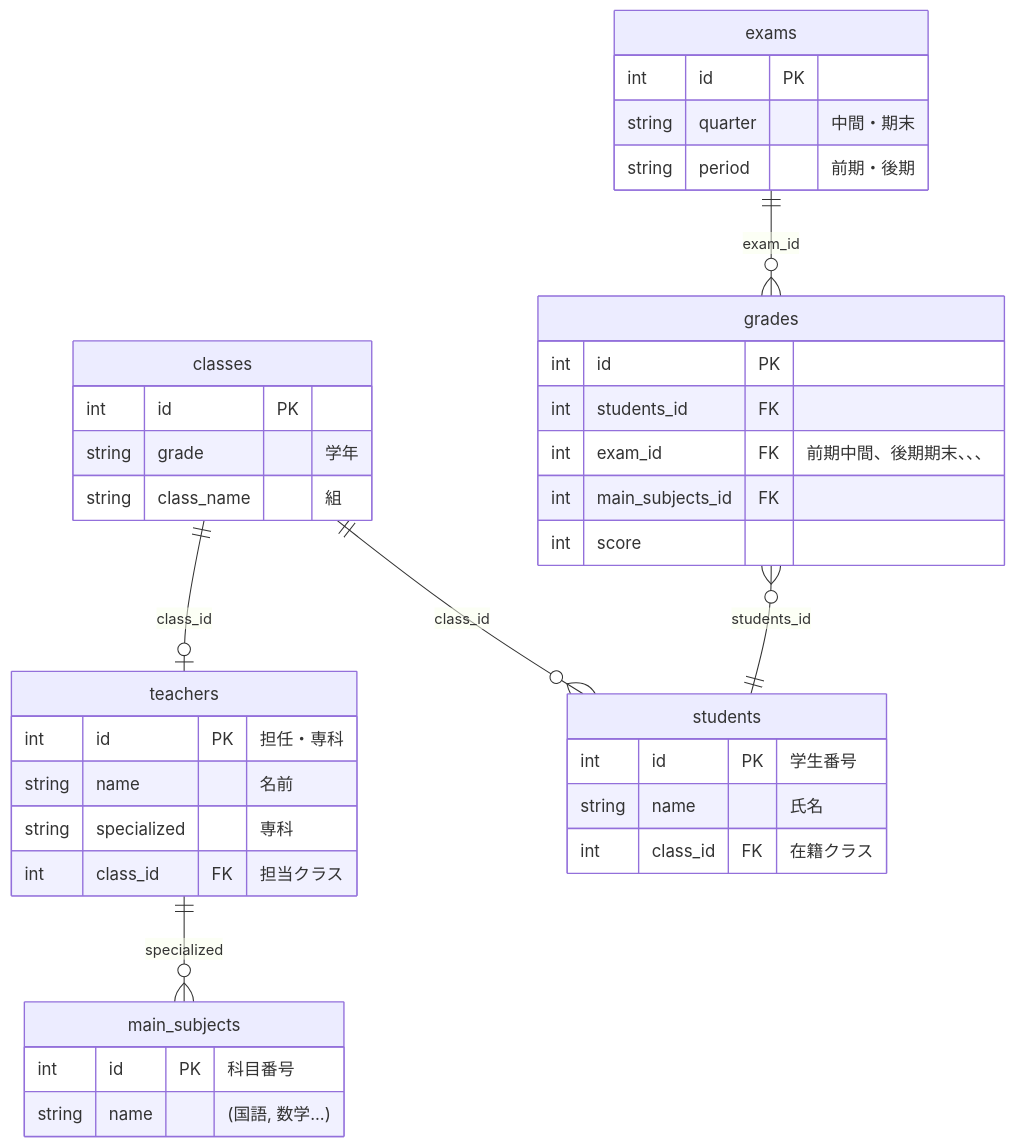
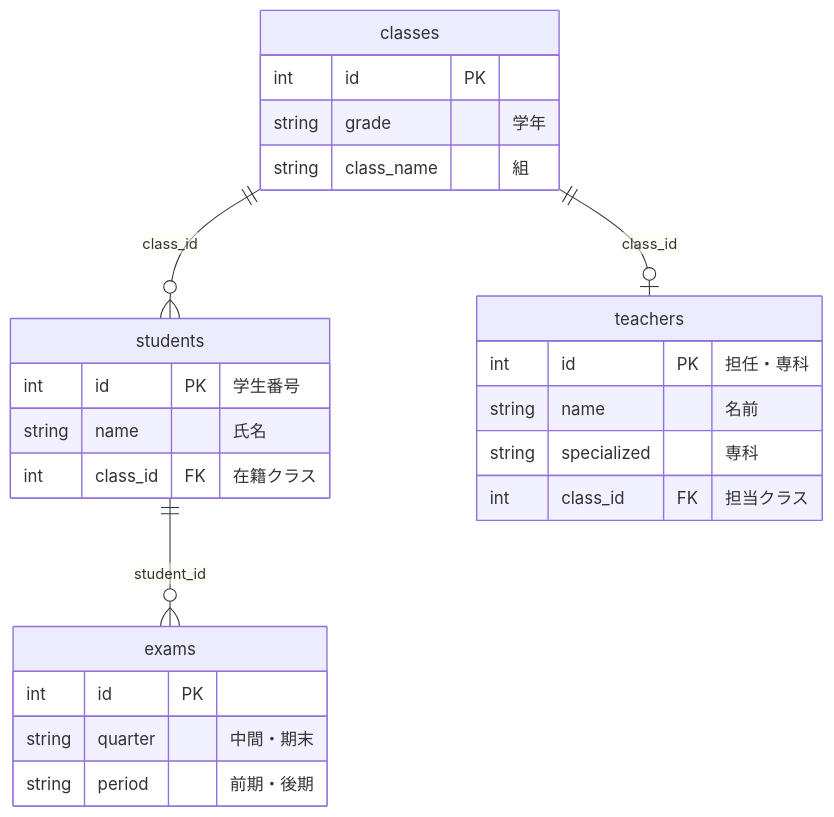
Before and after one commit to linuxfirstMint/your-school: the diagram in grade-management/doc/er_design.mmd, drawn with Mermaid. The commit also changed other lines of this file, not shown here.

Commit message:
doc: grades,main_subjectsテーブルの削除

```diff
--- a/grade-management/doc/er_design.mmd
+++ b/grade-management/doc/er_design.mmd
@@ -1,51 +1,35 @@
 erDiagram
-    teachers ||--o{ main_subjects : "specialized"
     classes ||--o{ students : "class_id"
     classes ||--o| teachers : "class_id"
-    grades }o--|| students: "students_id"
-    exams ||--o{ grades : "exam_id"
+    students ||--o{ exams : "student_id"
 
 %% ||--o{ : 「1対多」
 %% || (左側) : 1側。片側が必ず1つであることを示します（必須）。
 %% o{ (右側) : 多側。0個以上（Zero or Many）であることを示します。
 %% ||--|{ : 1対多かつ、「多側」が1つ以上（One or Many）。 
 
     teachers {
         int id PK "担任・専科"
         string name "名前"
         string specialized "専科"
         int class_id FK "担当クラス"
     }
 
      
     classes {
         int id PK 
         string grade "学年"
         string class_name "組"
     }
 
     students {
         int id PK "学生番号"
         string name "氏名"
         int class_id FK "在籍クラス"
     }
 
-    main_subjects {
-        int id PK "科目番号"
-        string name "(国語, 数学...)"
-    }
-
-
     exams {
-        int id PK
+        int id PK 
         string quarter "中間・期末"
         string period "前期・後期"
     }
-
-    grades {
-        int id PK
-        int students_id FK 
-        int exam_id FK "前期中間、後期期末、、、"
-        int main_subjects_id FK
-        int score 
-    }
```
